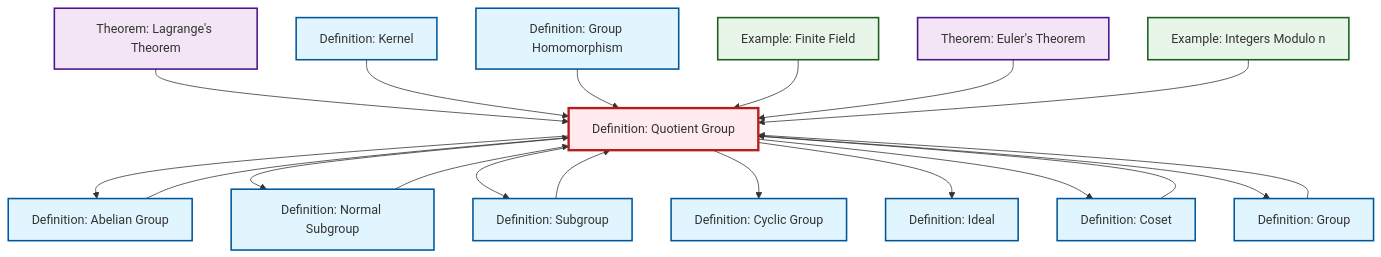
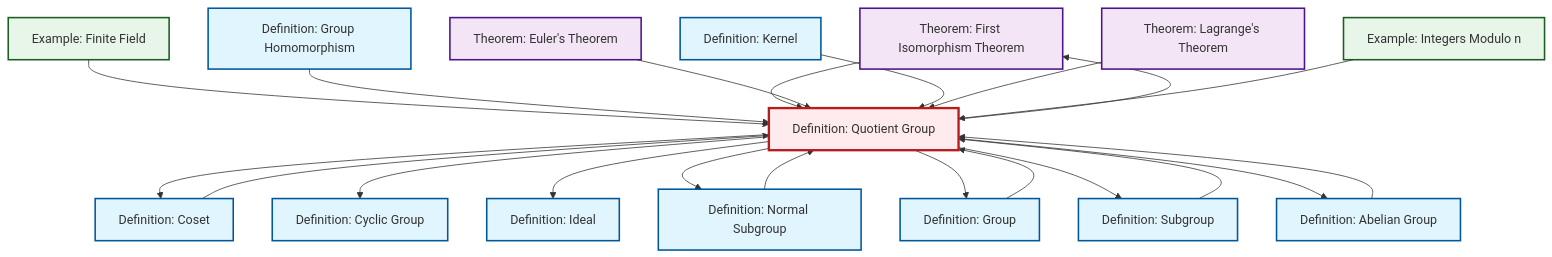
One commit to RK0429/ModernMath changed the diagram in content/ja/algebra/def-quotient-group.qmd. Above: the diagram before and after it, drawn with Mermaid. The commit also changed 615 other files, not shown here.

````diff
--- a/content/ja/algebra/def-quotient-group.qmd
+++ b/content/ja/algebra/def-quotient-group.qmd
@@ -143,55 +143,59 @@
 ```{mermaid}
 %%| fig-cap: "Local dependency graph"
 graph TD
     classDef definition fill:#e1f5fe,stroke:#01579b,stroke-width:2px
     classDef theorem fill:#f3e5f5,stroke:#4a148c,stroke-width:2px
     classDef axiom fill:#fff3e0,stroke:#e65100,stroke-width:2px
     classDef example fill:#e8f5e9,stroke:#1b5e20,stroke-width:2px
     classDef current fill:#ffebee,stroke:#b71c1c,stroke-width:3px
+    thm-first-isomorphism["Theorem: First Isomorphism Theorem"]:::theorem
+    def-homomorphism["Definition: Group Homomorphism"]:::definition
+    def-kernel["Definition: Kernel"]:::definition
+    def-group["Definition: Group"]:::definition
+    def-subgroup["Definition: Subgroup"]:::definition
+    def-cyclic-group["Definition: Cyclic Group"]:::definition
     def-ideal["Definition: Ideal"]:::definition
     thm-euler["Theorem: Euler's Theorem"]:::theorem
-    def-quotient-group["Definition: Quotient Group"]:::definition
+    thm-lagrange["Theorem: Lagrange's Theorem"]:::theorem
+    def-abelian-group["Definition: Abelian Group"]:::definition
     ex-quotient-integers-mod-n["Example: Integers Modulo n"]:::example
-    def-cyclic-group["Definition: Cyclic Group"]:::definition
-    thm-lagrange["Theorem: Lagrange's Theorem"]:::theorem
-    def-kernel["Definition: Kernel"]:::definition
     def-coset["Definition: Coset"]:::definition
-    def-group["Definition: Group"]:::definition
-    def-homomorphism["Definition: Group Homomorphism"]:::definition
     def-normal-subgroup["Definition: Normal Subgroup"]:::definition
     ex-finite-field["Example: Finite Field"]:::example
-    def-abelian-group["Definition: Abelian Group"]:::definition
-    def-subgroup["Definition: Subgroup"]:::definition
+    def-quotient-group["Definition: Quotient Group"]:::definition
+    ex-finite-field --> def-quotient-group
+    def-group --> def-quotient-group
+    def-homomorphism --> def-quotient-group
+    def-quotient-group --> def-coset
+    def-quotient-group --> def-cyclic-group
+    thm-first-isomorphism --> def-quotient-group
+    def-coset --> def-quotient-group
+    thm-euler --> def-quotient-group
+    def-quotient-group --> def-ideal
+    def-abelian-group --> def-quotient-group
+    def-kernel --> def-quotient-group
+    def-quotient-group --> thm-first-isomorphism
     def-subgroup --> def-quotient-group
+    def-quotient-group --> def-normal-subgroup
     thm-lagrange --> def-quotient-group
-    def-coset --> def-quotient-group
-    def-kernel --> def-quotient-group
-    def-homomorphism --> def-quotient-group
+    ex-quotient-integers-mod-n --> def-quotient-group
+    def-quotient-group --> def-group
+    def-quotient-group --> def-subgroup
+    def-normal-subgroup --> def-quotient-group
     def-quotient-group --> def-abelian-group
-    ex-finite-field --> def-quotient-group
-    def-quotient-group --> def-normal-subgroup
-    def-normal-subgroup --> def-quotient-group
-    def-group --> def-quotient-group
-    thm-euler --> def-quotient-group
-    def-quotient-group --> def-subgroup
-    ex-quotient-integers-mod-n --> def-quotient-group
-    def-quotient-group --> def-cyclic-group
-    def-abelian-group --> def-quotient-group
-    def-quotient-group --> def-ideal
-    def-quotient-group --> def-coset
-    def-quotient-group --> def-group
     class def-quotient-group current
+    click thm-first-isomorphism "thm-first-isomorphism.html" "Theorem: First Isomorphism Theoremへ"
+    click def-homomorphism "def-homomorphism.html" "Definition: Group Homomorphismへ"
+    click def-kernel "def-kernel.html" "Definition: Kernelへ"
+    click def-group "def-group.html" "Definition: Groupへ"
+    click def-subgroup "def-subgroup.html" "Definition: Subgroupへ"
+    click def-cyclic-group "def-cyclic-group.html" "Definition: Cyclic Groupへ"
     click def-ideal "def-ideal.html" "Definition: Idealへ"
     click thm-euler "thm-euler.html" "Theorem: Euler's Theoremへ"
+    click thm-lagrange "thm-lagrange.html" "Theorem: Lagrange's Theoremへ"
+    click def-abelian-group "def-abelian-group.html" "Definition: Abelian Groupへ"
     click ex-quotient-integers-mod-n "ex-quotient-integers-mod-n.html" "Example: Integers Modulo nへ"
-    click def-cyclic-group "def-cyclic-group.html" "Definition: Cyclic Groupへ"
-    click thm-lagrange "thm-lagrange.html" "Theorem: Lagrange's Theoremへ"
-    click def-kernel "def-kernel.html" "Definition: Kernelへ"
     click def-coset "def-coset.html" "Definition: Cosetへ"
-    click def-group "def-group.html" "Definition: Groupへ"
-    click def-homomorphism "def-homomorphism.html" "Definition: Group Homomorphismへ"
     click def-normal-subgroup "def-normal-subgroup.html" "Definition: Normal Subgroupへ"
     click ex-finite-field "ex-finite-field.html" "Example: Finite Fieldへ"
-    click def-abelian-group "def-abelian-group.html" "Definition: Abelian Groupへ"
-    click def-subgroup "def-subgroup.html" "Definition: Subgroupへ"
 ```
````
